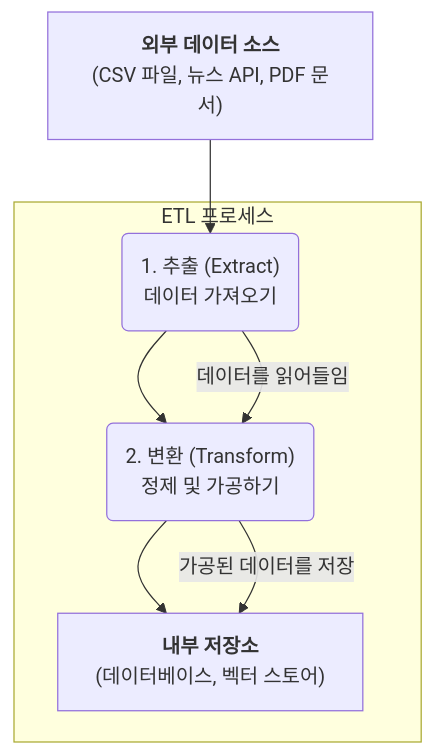
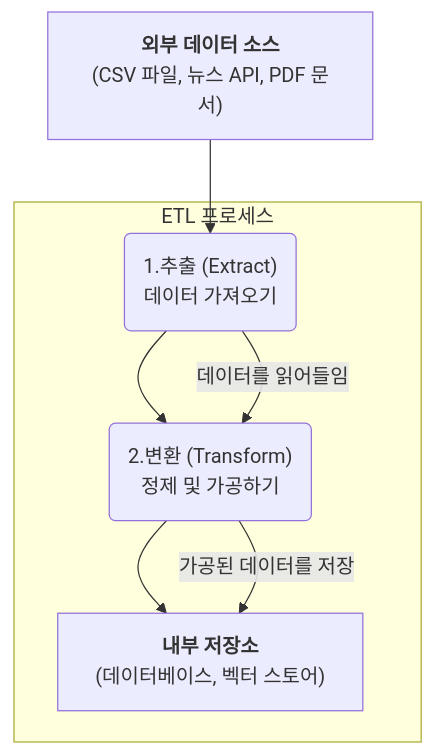
One commit to SKNETWORKS-FAMILY-AICAMP/SKN10-FINAL-1Team changed the first of 2 diagrams in docs/07_외부_데이터_수집_및_처리__etl__.md. Above: the diagram before and after it, drawn with Mermaid. The commit also changed other lines of this file and 13 other files, not shown here.

````diff
--- a/docs/07_외부_데이터_수집_및_처리__etl__.md
+++ b/docs/07_외부_데이터_수집_및_처리__etl__.md
@@ -25,11 +25,11 @@
 ```mermaid
 graph TD
-    A["<b>외부 데이터 소스</b><br>(CSV 파일, 뉴스 API, PDF 문서)"] --> B("1. 추출 (Extract)<br>데이터 가져오기");
-    B --> C("2. 변환 (Transform)<br>정제 및 가공하기");
+    A["<b>외부 데이터 소스</b><br>(CSV 파일, 뉴스 API, PDF 문서)"] --> B("1.추출 (Extract)<br>데이터 가져오기");
+    B --> C("2.변환 (Transform)<br>정제 및 가공하기");
     C --> D["<b>내부 저장소</b><br>(데이터베이스, 벡터 스토어)"];
 
     subgraph "ETL 프로세스"
         B -- "데이터를 읽어들임" --> C;
         C -- "가공된 데이터를 저장" --> D;
     end
 ```
````
